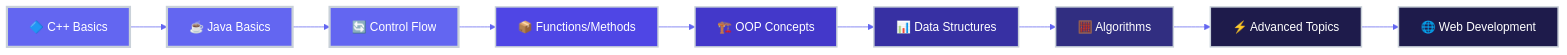
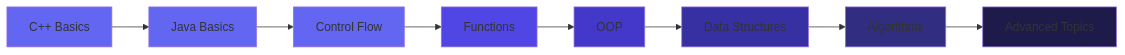
Before and after one commit to zainabgondal/zainabgondal: the diagram in README.md, drawn with Mermaid. The commit also changed other lines of this file, not shown here.

````diff
--- a/README.md
+++ b/README.md
@@ -178,22 +176,19 @@
 ```mermaid
-%%{init: {'theme':'base', 'themeVariables': {'primaryColor':'#6366F1','primaryTextColor':'#fff','primaryBorderColor':'#C9D1D9','lineColor':'#6366F1','secondaryColor':'#4F46E5','tertiaryColor':'#4338CA'}}}%%
 graph LR
-    A[🔷 C++ Basics] --> B[☕ Java Basics]
-    B --> C[🔄 Control Flow]
-    C --> D[📦 Functions/Methods]
-    D --> E[🏗️ OOP Concepts]
-    E --> F[📊 Data Structures]
-    F --> G[🧮 Algorithms]
-    G --> H[⚡ Advanced Topics]
-    H --> I[🌐 Web Development]
+    A[C++ Basics] --> B[Java Basics]
+    B --> C[Control Flow]
+    C --> D[Functions]
+    D --> E[OOP]
+    E --> F[Data Structures]
+    F --> G[Algorithms]
+    G --> H[Advanced Topics]
     
-    style A fill:#6366F1,stroke:#C9D1D9,stroke-width:3px,color:#fff
-    style B fill:#6366F1,stroke:#C9D1D9,stroke-width:3px,color:#fff
-    style C fill:#6366F1,stroke:#C9D1D9,stroke-width:3px,color:#fff
-    style D fill:#4F46E5,stroke:#C9D1D9,stroke-width:2px,color:#fff
-    style E fill:#4338CA,stroke:#C9D1D9,stroke-width:2px,color:#fff
-    style F fill:#3730A3,stroke:#C9D1D9,stroke-width:2px,color:#fff
-    style G fill:#312E81,stroke:#C9D1D9,stroke-width:2px,color:#fff
-    style H fill:#1E1B4B,stroke:#C9D1D9,stroke-width:2px,color:#fff
-    style I fill:#1E1B4B,stroke:#C9D1D9,stroke-width:2px,color:#fff
+    style A fill:#6366F1
+    style B fill:#6366F1
+    style C fill:#6366F1
+    style D fill:#4F46E5
+    style E fill:#4338CA
+    style F fill:#3730A3
+    style G fill:#312E81
+    style H fill:#1E1B4B
 ```
````
